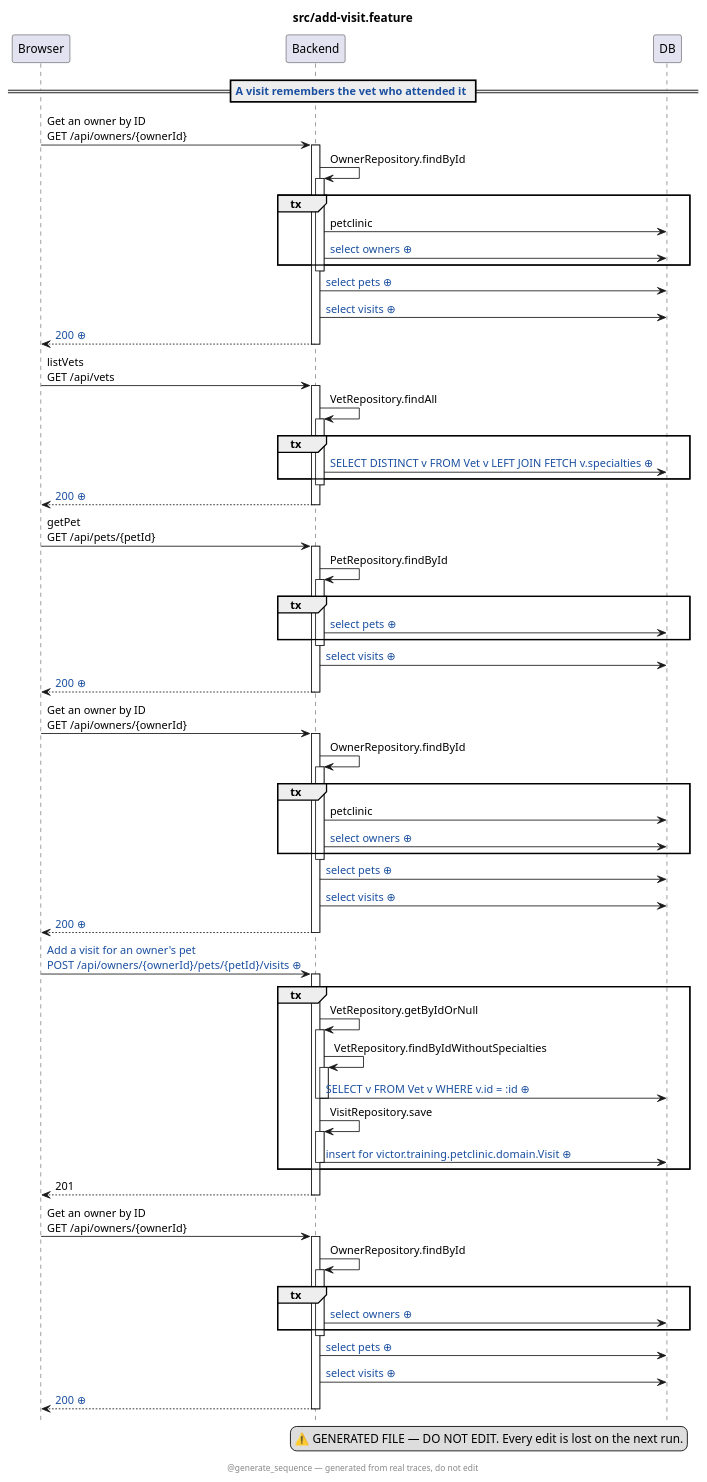
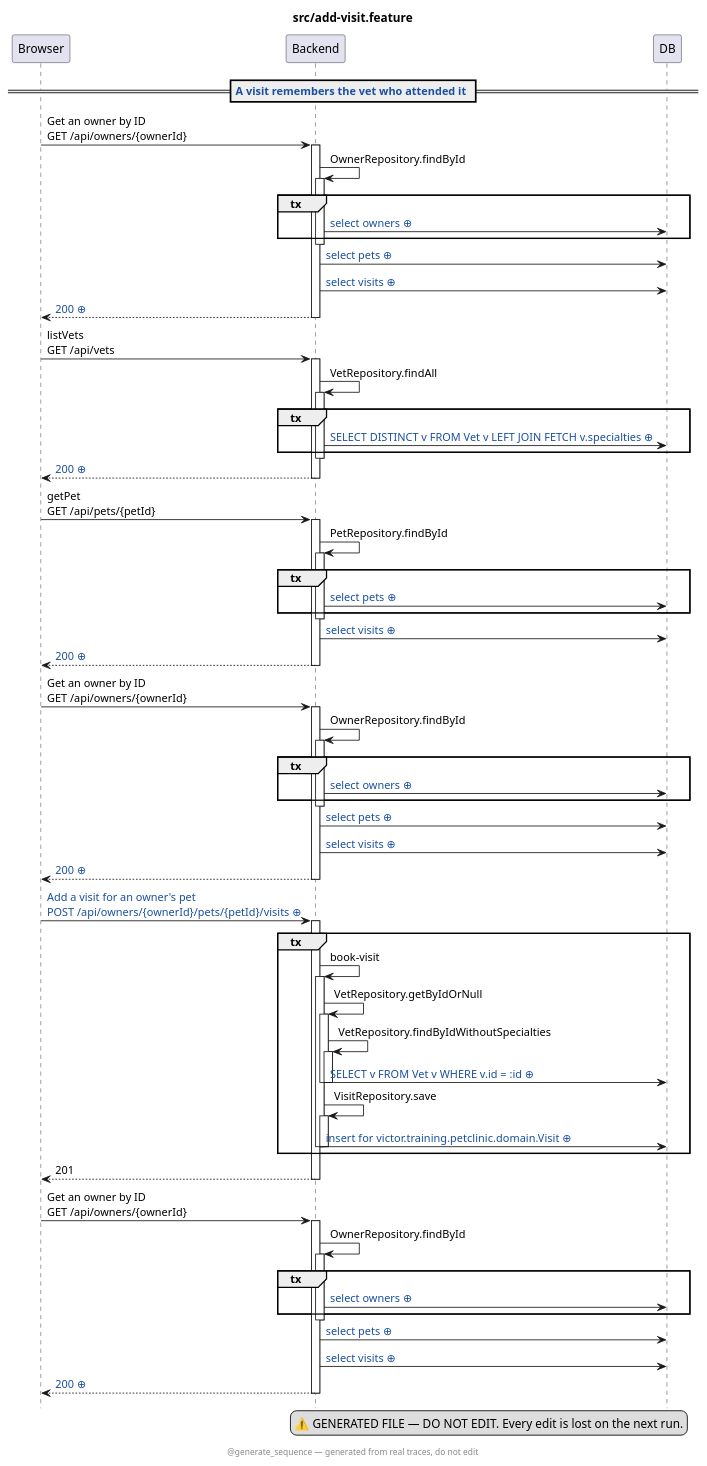
The diagram in petclinic-test/src/add-visit.feature.genseq.puml (victorrentea/petclinic), drawn with PlantUML before and after one commit. The commit also changed 5 other files, not shown here.

First line of the commit message:
chore(genseq): re-record the diagrams so the booking step is named

```diff
--- a/petclinic-test/src/add-visit.feature.genseq.puml
+++ b/petclinic-test/src/add-visit.feature.genseq.puml
@@ -1,91 +1,92 @@
 @startuml
 ' ⚠️  GENERATED FILE — DO NOT EDIT. Every edit is lost on the next run.
 hide footbox
 skinparam hyperlinkUnderline false
 skinparam hyperlinkColor #1A4FA0
 title src/add-visit.feature
 legend right
   ⚠️  GENERATED FILE — DO NOT EDIT. Every edit is lost on the next run.
 end legend
 footer @generate_sequence — generated from real traces, do not edit
 participant Browser
 participant Backend
 participant DB
 == [[src://petclinic-test/src/add-visit.feature:16{Click to open the test} A visit remembers the vet who attended it]] ==
 Browser -> Backend: Get an owner by ID\nGET /api/owners/{ownerId}
 activate Backend
 Backend -> Backend: OwnerRepository.findById
 activate Backend
 group tx
-Backend -> DB: petclinic
 Backend -> DB: [[genseq://0totfe9{Click for the statement behind this call} select owners ⊕]]
 end
 deactivate Backend
 Backend -> DB: [[genseq://1hjadar{Click for the statement behind this call} select pets ⊕]]
 Backend -> DB: [[genseq://1bcshtp{Click for the statement behind this call} select visits ⊕]]
-Backend --> Browser: [[genseq://0xt7cla{Click for this call’s JSON body} 200 ⊕]]
+Backend --> Browser: [[genseq://13rmoxo{Click for this call’s JSON body} 200 ⊕]]
 deactivate Backend
 Browser -> Backend: listVets\nGET /api/vets
 activate Backend
 Backend -> Backend: VetRepository.findAll
 activate Backend
 group tx
 Backend -> DB: [[genseq://0p6yxbc{Click for the statement behind this call} SELECT DISTINCT v FROM Vet v LEFT JOIN FETCH v.specialties ⊕]]
 end
 deactivate Backend
 Backend --> Browser: [[genseq://1nmg2oo{Click for this call’s JSON body} 200 ⊕]]
 deactivate Backend
 Browser -> Backend: getPet\nGET /api/pets/{petId}
 activate Backend
 Backend -> Backend: PetRepository.findById
 activate Backend
 group tx
 Backend -> DB: [[genseq://0jw0huv{Click for the statement behind this call} select pets ⊕]]
 end
 deactivate Backend
 Backend -> DB: [[genseq://1bcshtp{Click for the statement behind this call} select visits ⊕]]
-Backend --> Browser: [[genseq://1qdw0cz{Click for this call’s JSON body} 200 ⊕]]
+Backend --> Browser: [[genseq://045m2da{Click for this call’s JSON body} 200 ⊕]]
 deactivate Backend
 Browser -> Backend: Get an owner by ID\nGET /api/owners/{ownerId}
 activate Backend
 Backend -> Backend: OwnerRepository.findById
 activate Backend
 group tx
-Backend -> DB: petclinic
 Backend -> DB: [[genseq://0totfe9{Click for the statement behind this call} select owners ⊕]]
 end
 deactivate Backend
 Backend -> DB: [[genseq://1hjadar{Click for the statement behind this call} select pets ⊕]]
 Backend -> DB: [[genseq://1bcshtp{Click for the statement behind this call} select visits ⊕]]
-Backend --> Browser: [[genseq://0mu72qe{Click for this call’s JSON body} 200 ⊕]]
+Backend --> Browser: [[genseq://162q2qc{Click for this call’s JSON body} 200 ⊕]]
 deactivate Backend
-Browser -> Backend: [[genseq://08jaun6{Click for this call’s JSON body} Add a visit for an owner's pet\nPOST /api/owners/{ownerId}/pets/{petId}/visits ⊕]]
+Browser -> Backend: [[genseq://0o4d8tf{Click for this call’s JSON body} Add a visit for an owner's pet\nPOST /api/owners/{ownerId}/pets/{petId}/visits ⊕]]
 activate Backend
 group tx
+Backend -> Backend: book-visit
+activate Backend
 Backend -> Backend: VetRepository.getByIdOrNull
 activate Backend
 Backend -> Backend: VetRepository.findByIdWithoutSpecialties
 activate Backend
 Backend -> DB: [[genseq://13xrn4k{Click for the statement behind this call} SELECT v FROM Vet v WHERE v.id = :id ⊕]]
 deactivate Backend
 deactivate Backend
 Backend -> Backend: VisitRepository.save
 activate Backend
-Backend -> DB: [[genseq://0twjrsw{Click for the statement behind this call} insert for victor.training.petclinic.domain.Visit ⊕]]
+Backend -> DB: [[genseq://07ej2hx{Click for the statement behind this call} insert for victor.training.petclinic.domain.Visit ⊕]]
+deactivate Backend
 deactivate Backend
 end
 Backend --> Browser: 201
 deactivate Backend
 Browser -> Backend: Get an owner by ID\nGET /api/owners/{ownerId}
 activate Backend
 Backend -> Backend: OwnerRepository.findById
 activate Backend
 group tx
 Backend -> DB: [[genseq://0totfe9{Click for the statement behind this call} select owners ⊕]]
 end
 deactivate Backend
 Backend -> DB: [[genseq://1hjadar{Click for the statement behind this call} select pets ⊕]]
 Backend -> DB: [[genseq://1bcshtp{Click for the statement behind this call} select visits ⊕]]
-Backend --> Browser: [[genseq://1wancq0{Click for this call’s JSON body} 200 ⊕]]
+Backend --> Browser: [[genseq://06yf4hn{Click for this call’s JSON body} 200 ⊕]]
 deactivate Backend
 @enduml
```
